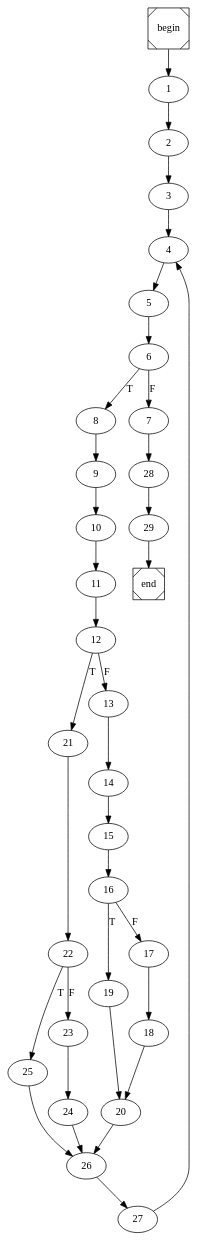
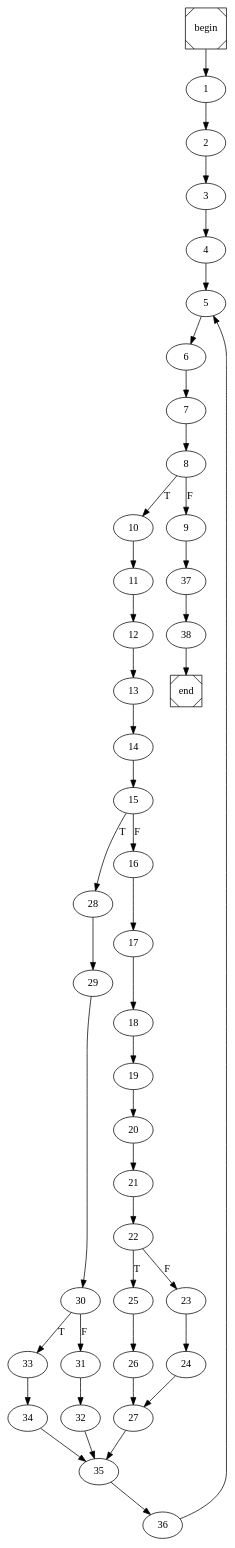
One commit to pedrojfs17/FEUP-COMP changed the diagram in update.dot. Above: the diagram before and after it, drawn with Graphviz. The commit also changed 35 other files, not shown here.

```diff
--- a/update.dot
+++ b/update.dot
@@ -1,4 +1,4 @@
 digraph cfg {
 	begin [shape=Msquare];
 	end [shape=Msquare];
-	begin -> 1;	1 -> 2;	2 -> 3;	3 -> 4;	4 -> 5;	5 -> 6;	6 -> 8[label=T];	6 -> 7[label=F];	7 -> 28;	8 -> 9;	9 -> 10;	10 -> 11;	11 -> 12;	12 -> 21[label=T];	12 -> 13[label=F];	13 -> 14;	14 -> 15;	15 -> 16;	16 -> 19[label=T];	16 -> 17[label=F];	17 -> 18;	18 -> 20;	19 -> 20;	20 -> 26;	21 -> 22;	22 -> 25[label=T];	22 -> 23[label=F];	23 -> 24;	24 -> 26;	25 -> 26;	26 -> 27;	27 -> 4;	28 -> 29;	29 -> end;}
+	begin -> 1;	1 -> 2;	2 -> 3;	3 -> 4;	4 -> 5;	5 -> 6;	6 -> 7;	7 -> 8;	8 -> 10[label=T];	8 -> 9[label=F];	9 -> 37;	10 -> 11;	11 -> 12;	12 -> 13;	13 -> 14;	14 -> 15;	15 -> 28[label=T];	15 -> 16[label=F];	16 -> 17;	17 -> 18;	18 -> 19;	19 -> 20;	20 -> 21;	21 -> 22;	22 -> 25[label=T];	22 -> 23[label=F];	23 -> 24;	24 -> 27;	25 -> 26;	26 -> 27;	27 -> 35;	28 -> 29;	29 -> 30;	30 -> 33[label=T];	30 -> 31[label=F];	31 -> 32;	32 -> 35;	33 -> 34;	34 -> 35;	35 -> 36;	36 -> 5;	37 -> 38;	38 -> end;}
```
